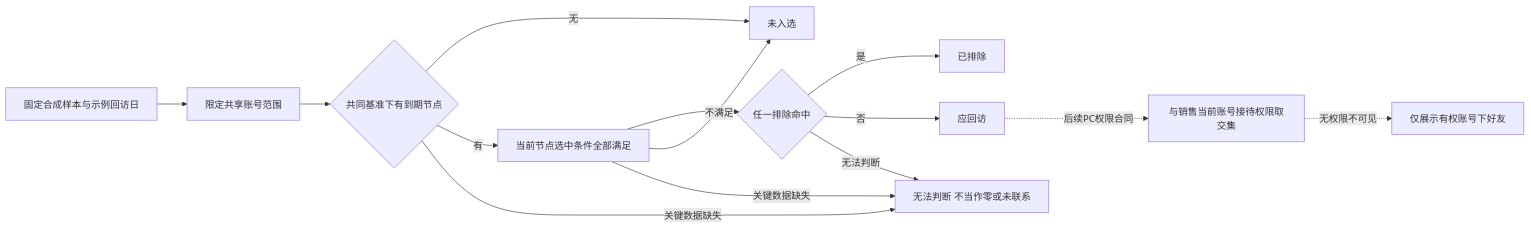
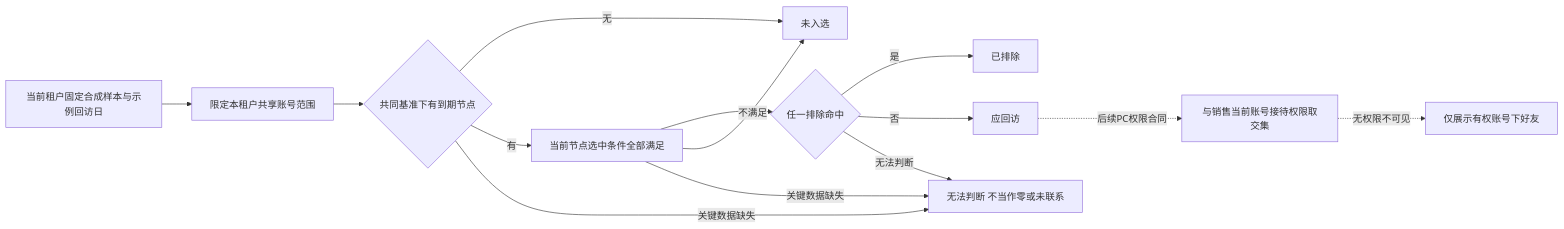
One commit to xfang9528-glitch/suiyin-admin changed the third of 12 diagrams in flowcharts/admin-live-reference.md. Above: the diagram before and after it, drawn with Mermaid. The commit also changed other lines of this file and 60 other files, not shown here.

````diff
--- a/flowcharts/admin-live-reference.md
+++ b/flowcharts/admin-live-reference.md
@@ -67,16 +70,16 @@
 ```mermaid
 flowchart LR
-    Sample[固定合成样本与示例回访日] --> Scope[限定共享账号范围]
+    Sample[当前租户固定合成样本与示例回访日] --> Scope[限定本租户共享账号范围]
     Scope --> Due{共同基准下有到期节点}
     Due -->|无| Skip[未入选]
     Due -->|有| Include[当前节点选中条件全部满足]
     Include --> Exclude{任一排除命中}
     Exclude -->|是| Excluded[已排除]
     Exclude -->|否| Included[应回访]
     Due -->|关键数据缺失| Unknown[无法判断 不当作零或未联系]
     Include -->|不满足| Skip
     Include -->|关键数据缺失| Unknown
     Exclude -->|无法判断| Unknown
     Included -. 后续PC权限合同 .-> Permission[与销售当前账号接待权限取交集]
     Permission -. 无权限不可见 .-> Visible[仅展示有权账号下好友]
 ```
````
